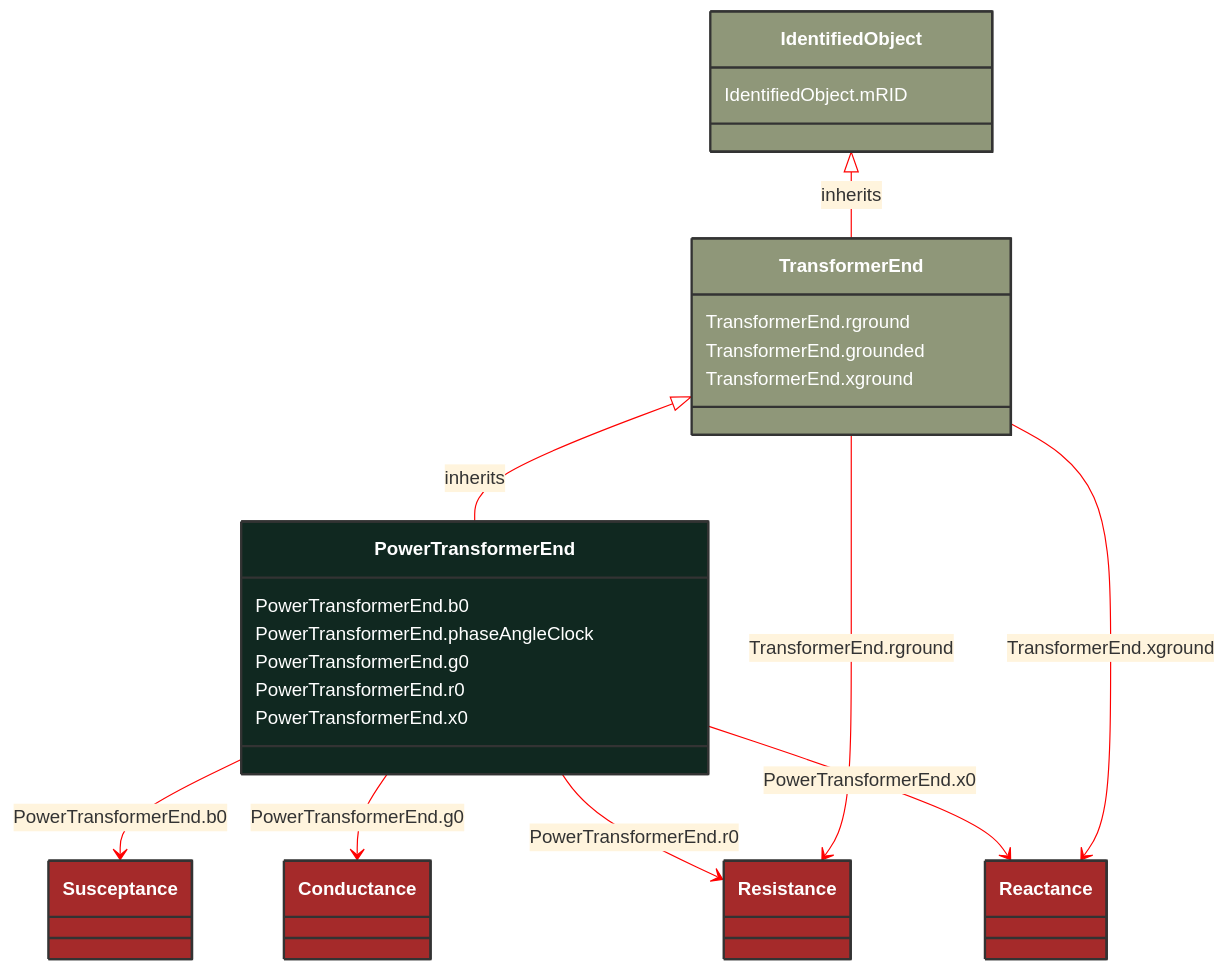
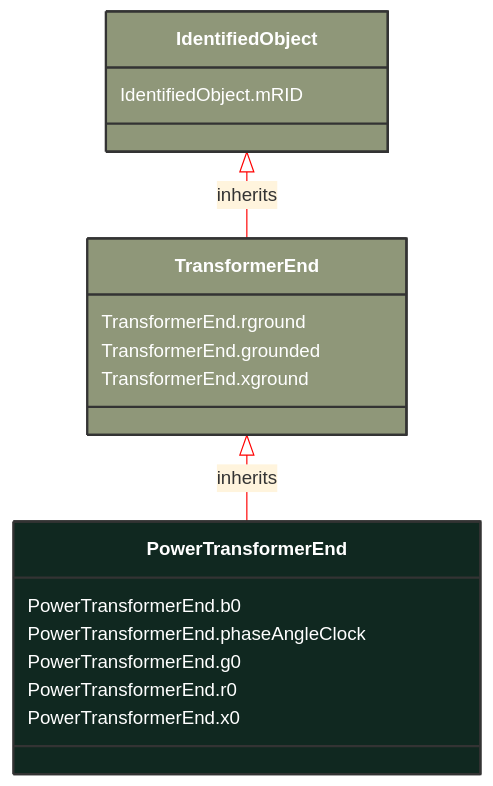
The diagram in docs/Models/Profiles/ShortCircuit/ConcreteClasses/PowerTransformerEnd.md (3lbits/NoCIMExtensions), drawn with Mermaid before and after one commit. The commit also changed other lines of this file and 397 other files, not shown here.

First line of the commit message:
Refactor CIM schemas to introduce abstract classes and consolidate data types

````diff
--- a/docs/Models/Profiles/ShortCircuit/ConcreteClasses/PowerTransformerEnd.md
+++ b/docs/Models/Profiles/ShortCircuit/ConcreteClasses/PowerTransformerEnd.md
@@ -14,57 +14,27 @@
 ```mermaid
 %%{init: {'theme':'base','themeVariables': {'lineColor': '#FF0000'}}}%%
 classDiagram
     class PowerTransformerEnd
     click PowerTransformerEnd href "/Models/Profiles/ShortCircuit/ConcreteClasses/PowerTransformerEnd/"
     style PowerTransformerEnd fill:#102820,stroke:#333,stroke-width:2px,rx:10,ry:10,color:white
      
         TransformerEnd <|-- PowerTransformerEnd : inherits
-            click TransformerEnd href "/Models/Profiles/ShortCircuit/ConcreteClasses/TransformerEnd/"
+            click TransformerEnd href "/Models/Profiles/ShortCircuit/AbstractClasses/TransformerEnd/"
             style TransformerEnd fill:#8F9779,stroke:#333,stroke-width:2px,rx:10,ry:10,color:white
      
         IdentifiedObject <|-- TransformerEnd : inherits
-            click IdentifiedObject href "/Models/Profiles/ShortCircuit/ConcreteClasses/IdentifiedObject/"
+            click IdentifiedObject href "/Models/Profiles/ShortCircuit/AbstractClasses/IdentifiedObject/"
             style IdentifiedObject fill:#8F9779,stroke:#333,stroke-width:2px,rx:10,ry:10,color:white
 
-        PowerTransformerEnd --> Susceptance : PowerTransformerEnd.b0
-
-        Susceptance
-            click Susceptance href "/Models/Profiles/ShortCircuit/ConcreteClasses/Susceptance/"
-            style Susceptance fill:#A52A2A,stroke:#333,stroke-width:2px,rx:10,ry:10,color:white
-        PowerTransformerEnd --> Conductance : PowerTransformerEnd.g0
-
-        Conductance
-            click Conductance href "/Models/Profiles/ShortCircuit/ConcreteClasses/Conductance/"
-            style Conductance fill:#A52A2A,stroke:#333,stroke-width:2px,rx:10,ry:10,color:white
-        PowerTransformerEnd --> Resistance : PowerTransformerEnd.r0
-
-        Resistance
-            click Resistance href "/Models/Profiles/ShortCircuit/ConcreteClasses/Resistance/"
-            style Resistance fill:#A52A2A,stroke:#333,stroke-width:2px,rx:10,ry:10,color:white
-        PowerTransformerEnd --> Reactance : PowerTransformerEnd.x0
-
-        Reactance
-            click Reactance href "/Models/Profiles/ShortCircuit/ConcreteClasses/Reactance/"
-            style Reactance fill:#A52A2A,stroke:#333,stroke-width:2px,rx:10,ry:10,color:white
-        TransformerEnd --> Resistance : TransformerEnd.rground
-
-        Resistance
-            click Resistance href "/Models/Profiles/ShortCircuit/ConcreteClasses/Resistance/"
-            style Resistance fill:#A52A2A,stroke:#333,stroke-width:2px,rx:10,ry:10,color:white
-        TransformerEnd --> Reactance : TransformerEnd.xground
-
-        Reactance
-            click Reactance href "/Models/Profiles/ShortCircuit/ConcreteClasses/Reactance/"
-            style Reactance fill:#A52A2A,stroke:#333,stroke-width:2px,rx:10,ry:10,color:white
 
 
         PowerTransformerEnd : PowerTransformerEnd.b0
         PowerTransformerEnd : PowerTransformerEnd.phaseAngleClock
         PowerTransformerEnd : PowerTransformerEnd.g0
         PowerTransformerEnd : PowerTransformerEnd.r0
         PowerTransformerEnd : PowerTransformerEnd.x0
         TransformerEnd : TransformerEnd.rground
         TransformerEnd : TransformerEnd.grounded
         TransformerEnd : TransformerEnd.xground
         IdentifiedObject : IdentifiedObject.mRID
 ```
````
